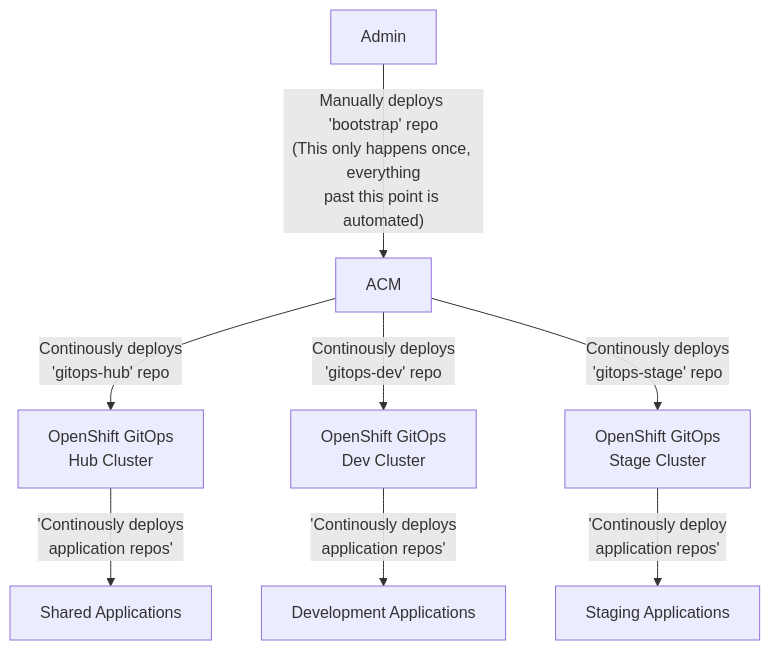
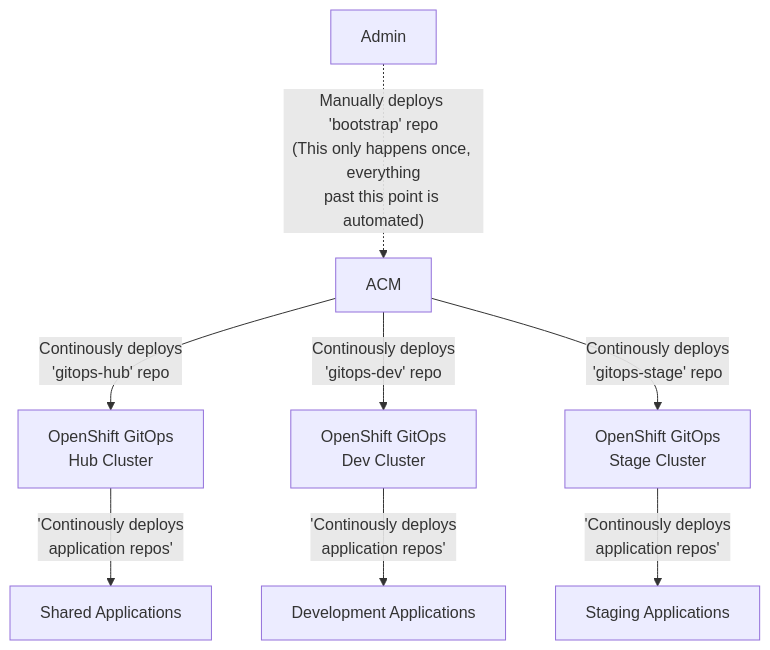
The second of 2 diagrams in profile/README.md (hello-world-gitops/.github), drawn with Mermaid before and after one commit.

Commit message:
Add dotted line to manual deployment

````diff
--- a/profile/README.md
+++ b/profile/README.md
@@ -38,24 +38,24 @@
 ```mermaid
 graph TD
         Admin
 
         ACM
 
         GitOpsDev["OpenShift GitOps<br />Dev Cluster"]
         GitOpsStage["OpenShift GitOps<br />Stage Cluster"]
         GitOpsHub["OpenShift GitOps<br />Hub Cluster"]
 
         DevApplications["Development Applications"]
         StageApplications["Staging Applications"]
         SharedApplications["Shared Applications"]
 
-        Admin -- "Manually deploys 'bootstrap' repo<br />(This only happens once, everything<br />past this point is automated)" --> ACM
+        Admin -. "Manually deploys 'bootstrap' repo<br />(This only happens once, everything<br />past this point is automated)" .-> ACM
 
         ACM -- "Continously deploys<br />'gitops-hub' repo" --> GitOpsHub
         ACM -- "Continously deploys<br />'gitops-dev' repo" --> GitOpsDev
         ACM -- "Continously deploys<br />'gitops-stage' repo" --> GitOpsStage
 
         GitOpsHub -- 'Continously deploys<br />application repos' --> SharedApplications
         GitOpsDev -- 'Continously deploys<br />application repos' --> DevApplications
-        GitOpsStage -- 'Continously deploy<br />application repos' --> StageApplications
+        GitOpsStage -- 'Continously deploys<br />application repos' --> StageApplications
 ```
````
